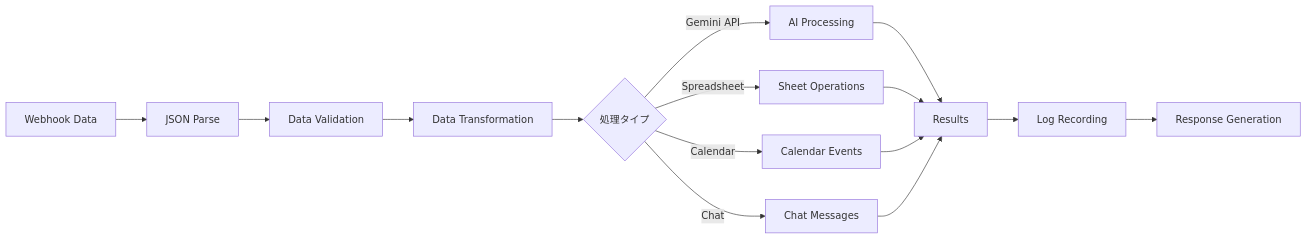
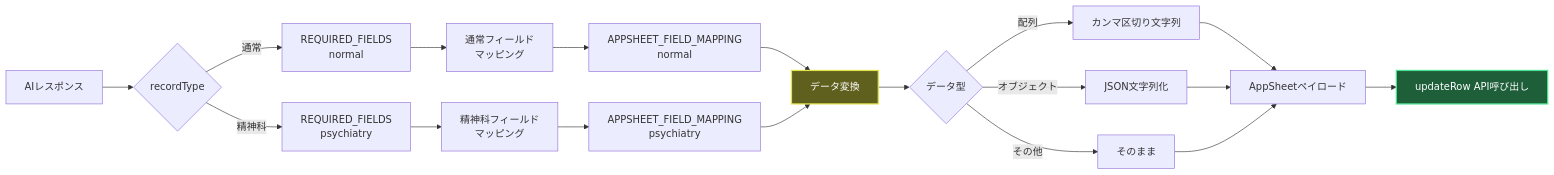
One commit to tasai-lab/appsheet-gas-automation changed the fifth of 9 diagrams in gas_projects/Appsheet_訪問看護_通常記録/FLOW.md. Above: the diagram before and after it, drawn with Mermaid. The commit also changed other lines of this file and 2 other files, not shown here.

````diff
--- a/gas_projects/Appsheet_訪問看護_通常記録/FLOW.md
+++ b/gas_projects/Appsheet_訪問看護_通常記録/FLOW.md
@@ -71,20 +148,29 @@
 ```mermaid
 flowchart LR
-    A[Webhook Data] --> B[JSON Parse]
-    B --> C[Data Validation]
-    C --> D[Data Transformation]
-    D --> E{処理タイプ}
-    
-    E -->|Gemini API| F[AI Processing]
-    E -->|Spreadsheet| G[Sheet Operations]
-    E -->|Calendar| H[Calendar Events]
-    E -->|Chat| I[Chat Messages]
-    
-    F --> J[Results]
-    G --> J
-    H --> J
-    I --> J
-    
-    J --> K[Log Recording]
-    K --> L[Response Generation]
+    A[AIレスポンス] --> B{recordType}
+    B -->|通常| C[REQUIRED_FIELDS<br/>normal]
+    B -->|精神科| D[REQUIRED_FIELDS<br/>psychiatry]
+
+    C --> E[通常フィールド<br/>マッピング]
+    D --> F[精神科フィールド<br/>マッピング]
+
+    E --> G[APPSHEET_FIELD_MAPPING<br/>normal]
+    F --> H[APPSHEET_FIELD_MAPPING<br/>psychiatry]
+
+    G --> I[データ変換]
+    H --> I
+
+    I --> J{データ型}
+    J -->|配列| K[カンマ区切り文字列]
+    J -->|オブジェクト| L[JSON文字列化]
+    J -->|その他| M[そのまま]
+
+    K --> N[AppSheetペイロード]
+    L --> N
+    M --> N
+
+    N --> O[updateRow API呼び出し]
+
+    style I fill:#5f5f1e,stroke:#e2e24a,stroke-width:2px,color:#ffffff
+    style O fill:#1e5f3a,stroke:#4ae290,stroke-width:2px,color:#ffffff
 ```
````
